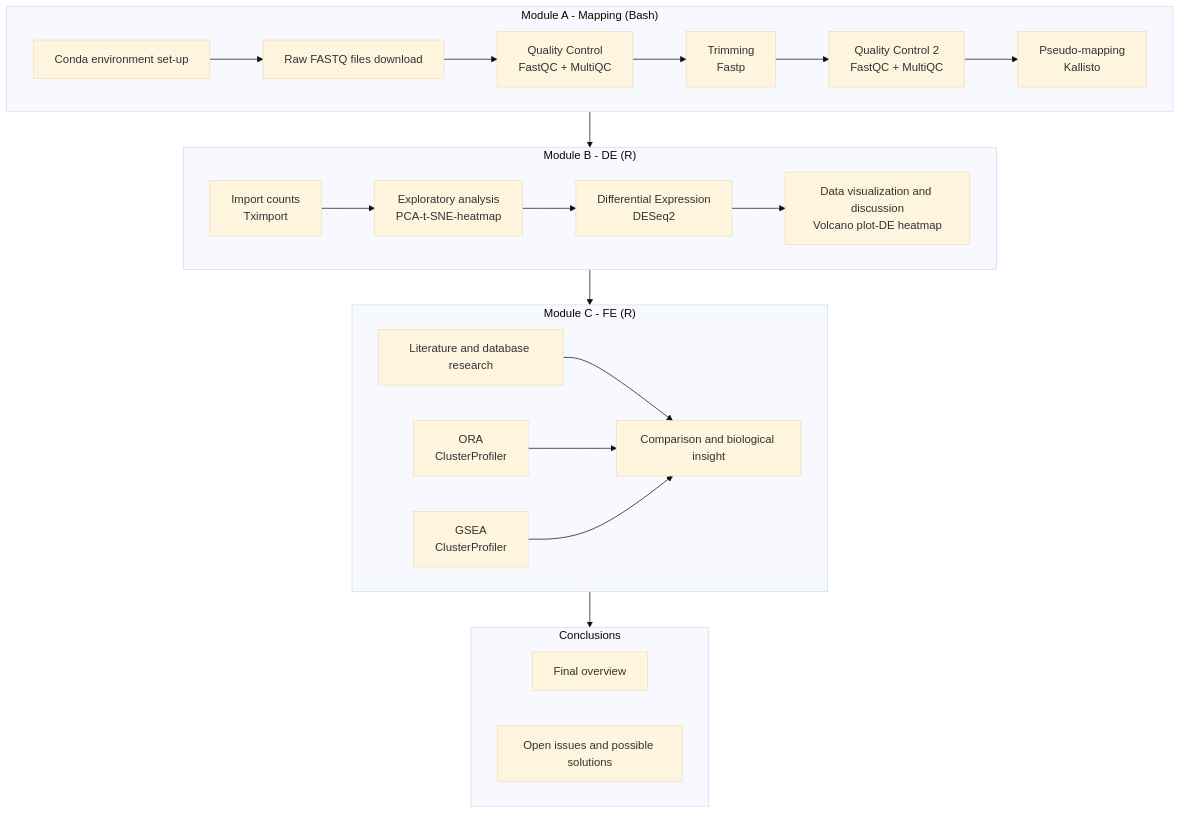
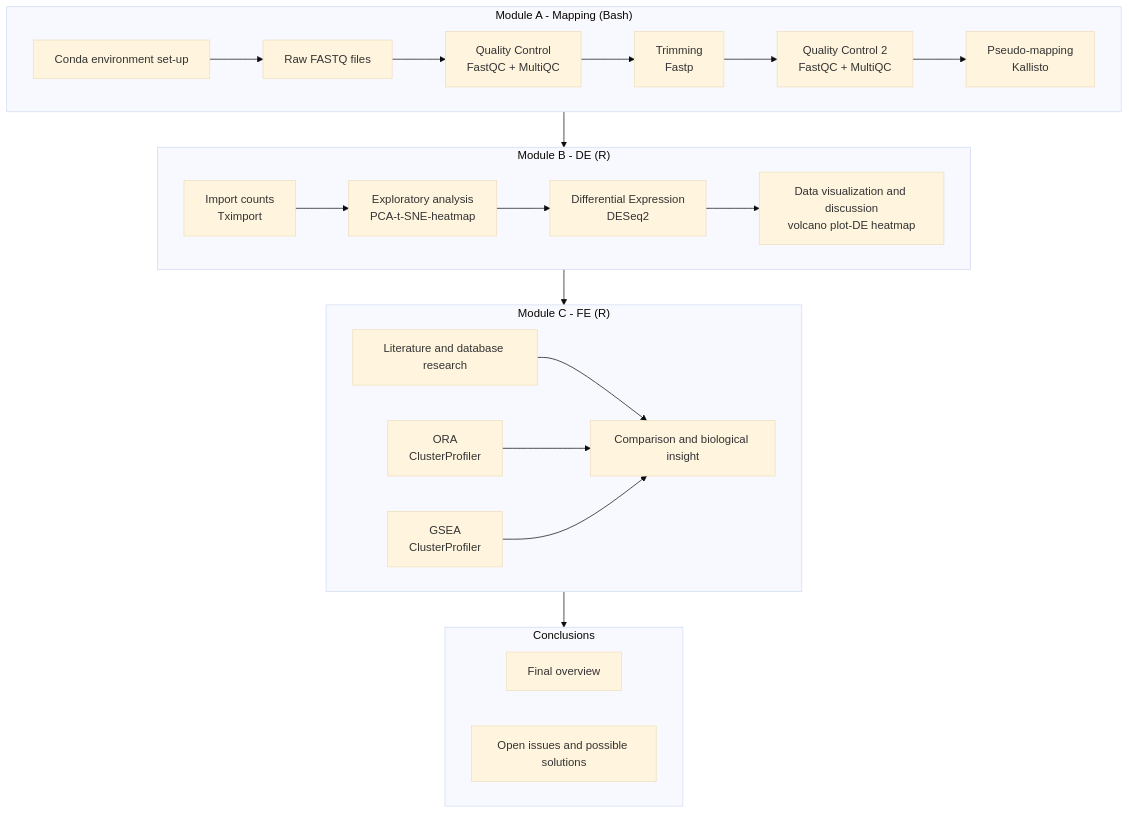
The diagram in README.md (pierpaolo-cantisani/RNASeq-with-Insights), drawn with Mermaid (base theme) before and after one commit. The commit also changed other lines of this file, not shown here.

````diff
--- a/README.md
+++ b/README.md
@@ -18,36 +17,36 @@
 ```mermaid
 flowchart TD
     subgraph A["Module A - Mapping (Bash)"]
-        A1[Conda environment set-up] --> A2[Raw FASTQ files download]
+        A1[Conda environment set-up] --> A2[Raw FASTQ files]
         A2 --> A3[Quality Control<br/>FastQC + MultiQC]
         A3 --> A4[Trimming<br/>Fastp]
         A4 --> A5[Quality Control 2<br/>FastQC + MultiQC]
         A5 --> A6[Pseudo-mapping<br/>Kallisto]
     end
 
     subgraph B["Module B - DE (R)"]
         B1[Import counts<br/>Tximport] --> B2[Exploratory analysis<br/>PCA-t-SNE-heatmap]
         B2 --> B3[Differential Expression<br/>DESeq2]
-        B3 --> B4[Data visualization and discussion<br/>Volcano plot-DE heatmap]
+        B3 --> B4[Data visualization and discussion<br/>volcano plot-DE heatmap]
       
     end
 
     subgraph C["Module C - FE (R)"]
         C1[Literature and database research]
         C2[ORA<br/>ClusterProfiler]
         C3[GSEA<br/>ClusterProfiler]
         C4[Comparison and biological insight]
     end
 
     subgraph D["Conclusions"]
         D1[Final overview]
         D2[Open issues and possible solutions]
     end
 
     A --> B
     B --> C
     C --> D
     C1 --> C4
     C2 --> C4
     C3 --> C4
 ```
````
